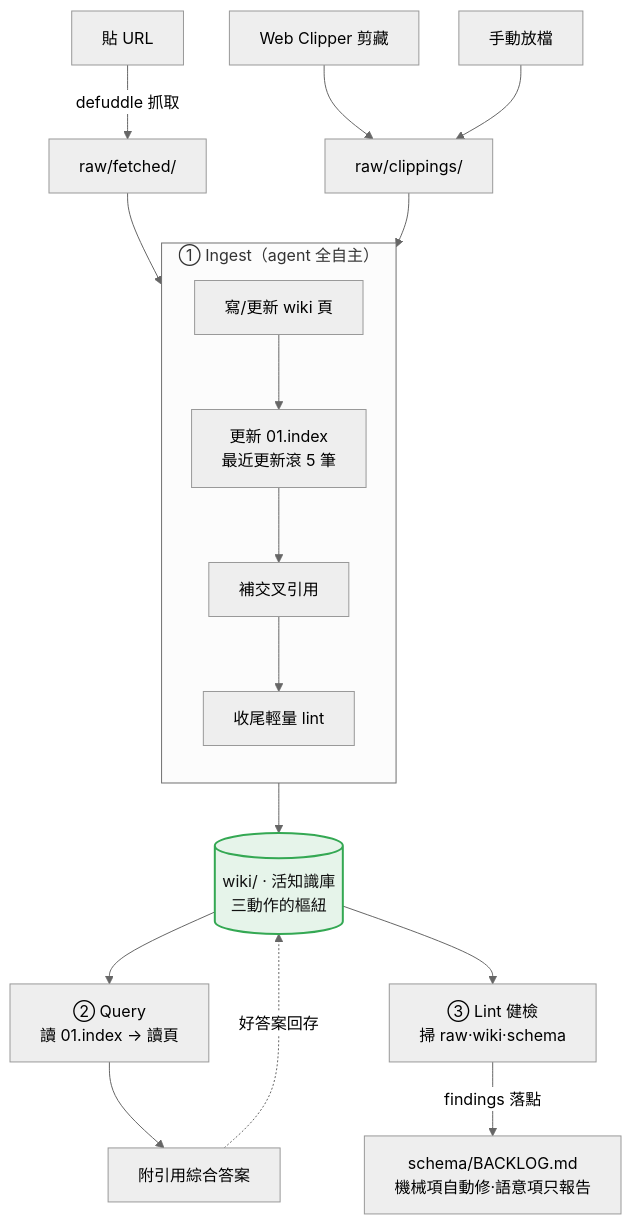
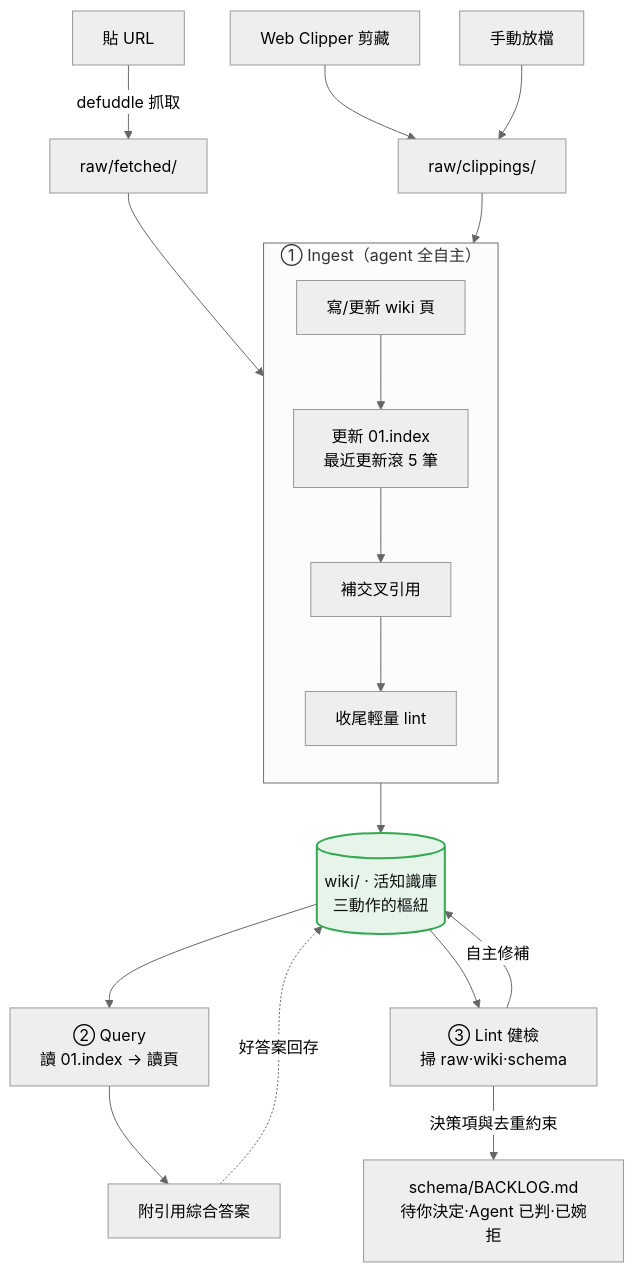
One commit to lllloo/obsidian-memory changed the first of 2 diagrams in README.md. Above: the diagram before and after it, drawn with Mermaid. The commit also changed other lines of this file and 2 other files, not shown here.

````diff
--- a/README.md
+++ b/README.md
@@ -9,19 +9,20 @@
 ```mermaid
 %%{init: {"theme": "neutral", "flowchart": {"curve": "basis", "nodeSpacing": 40, "rankSpacing": 50}}}%%
 flowchart TD
     URL[貼 URL] -->|defuddle 抓取| FE[raw/fetched/]
     CLIP[Web Clipper 剪藏] --> CL[raw/clippings/]
     MAN[手動放檔] --> CL
     subgraph ING["① Ingest（agent 全自主）"]
         direction TB
         W[寫/更新 wiki 頁] --> IDX[更新 01.index<br/>最近更新滾 5 筆] --> XREF[補交叉引用] --> LT[收尾輕量 lint]
     end
     FE & CL --> W
     LT --> WIKI[("wiki/ · 活知識庫<br/>三動作的樞紐")]:::hub
     WIKI --> RD["② Query<br/>讀 01.index → 讀頁"]
     RD --> ANS[附引用綜合答案]
     ANS -.->|好答案回存| WIKI
     WIKI --> LINT["③ Lint 健檢<br/>掃 raw·wiki·schema"]
-    LINT -->|findings 落點| BL[schema/BACKLOG.md<br/>機械項自動修·語意項只報告]
+    LINT -->|自主修補| WIKI
+    LINT -->|決策項與去重約束| BL["schema/BACKLOG.md<br/>待你決定·Agent 已判·已婉拒"]
     classDef hub fill:#e6f4ea,stroke:#34a853,stroke-width:2px,color:#111
 ```
````
